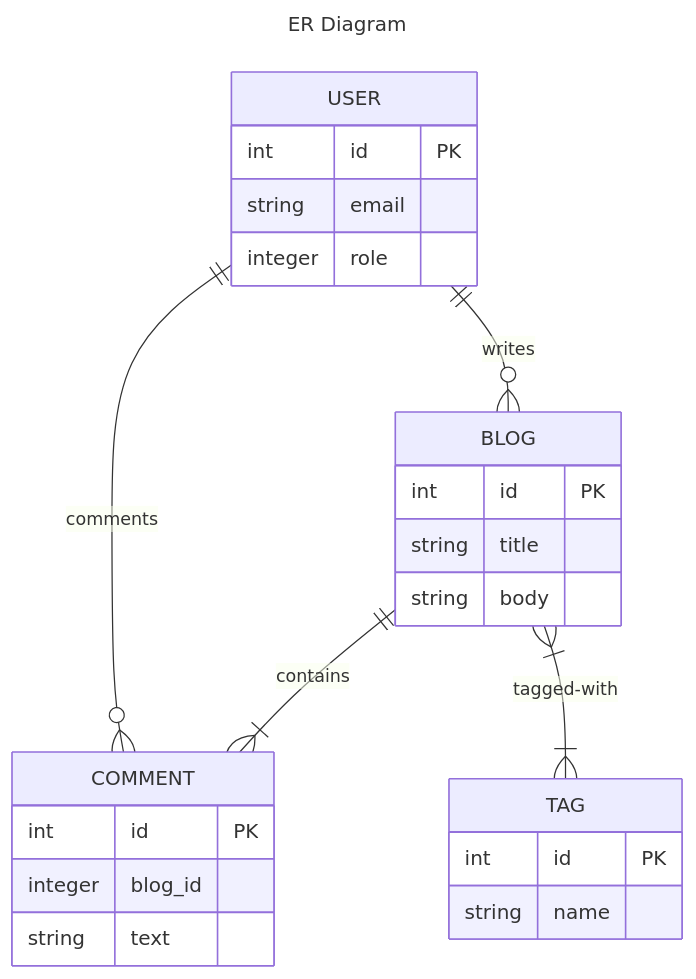
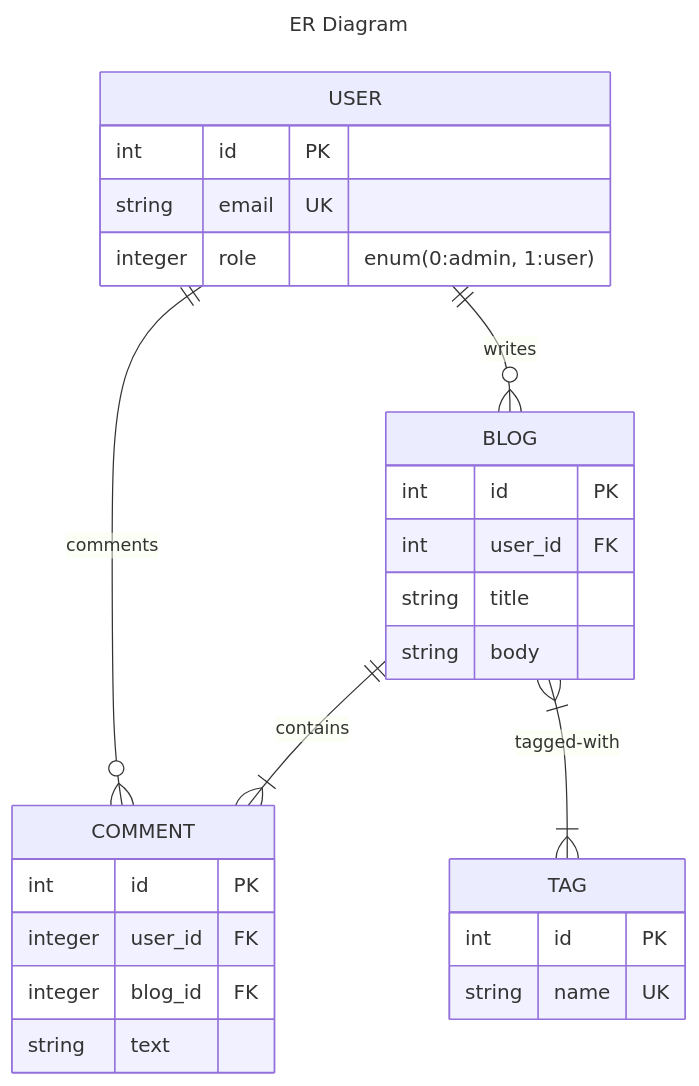
Before and after one commit to nimri91/final: the diagram in README.md, drawn with Mermaid. The commit also changed 27 other files, not shown here.

````diff
--- a/README.md
+++ b/README.md
@@ -2,29 +2,31 @@
 ```mermaid
 ---
 title: ER Diagram
 ---
 erDiagram
     USER ||--o{ BLOG : writes
     USER ||--o{ COMMENT : comments
     USER {
         int id PK
-        string email
-        integer role
+        string email UK
+        integer role "enum(0:admin, 1:user)"
     }
     BLOG ||--|{ COMMENT : contains
     BLOG {
         int id PK
+        int user_id FK
         string title
         string body
     }
     COMMENT {
         int id PK
-        integer blog_id
+        integer user_id FK
+        integer blog_id FK
         string text
     }
     BLOG }|--|{ TAG : tagged-with
     TAG {
         int id PK
-        string name
+        string name UK
     }
 ```
````
